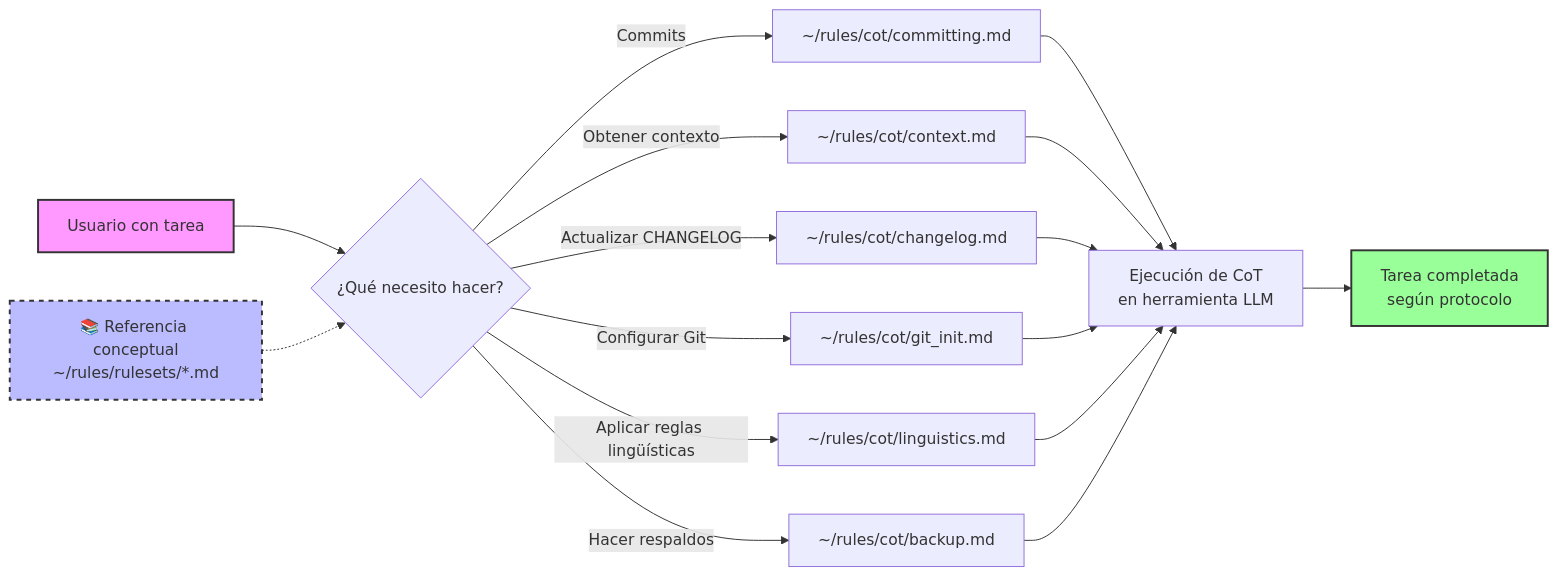
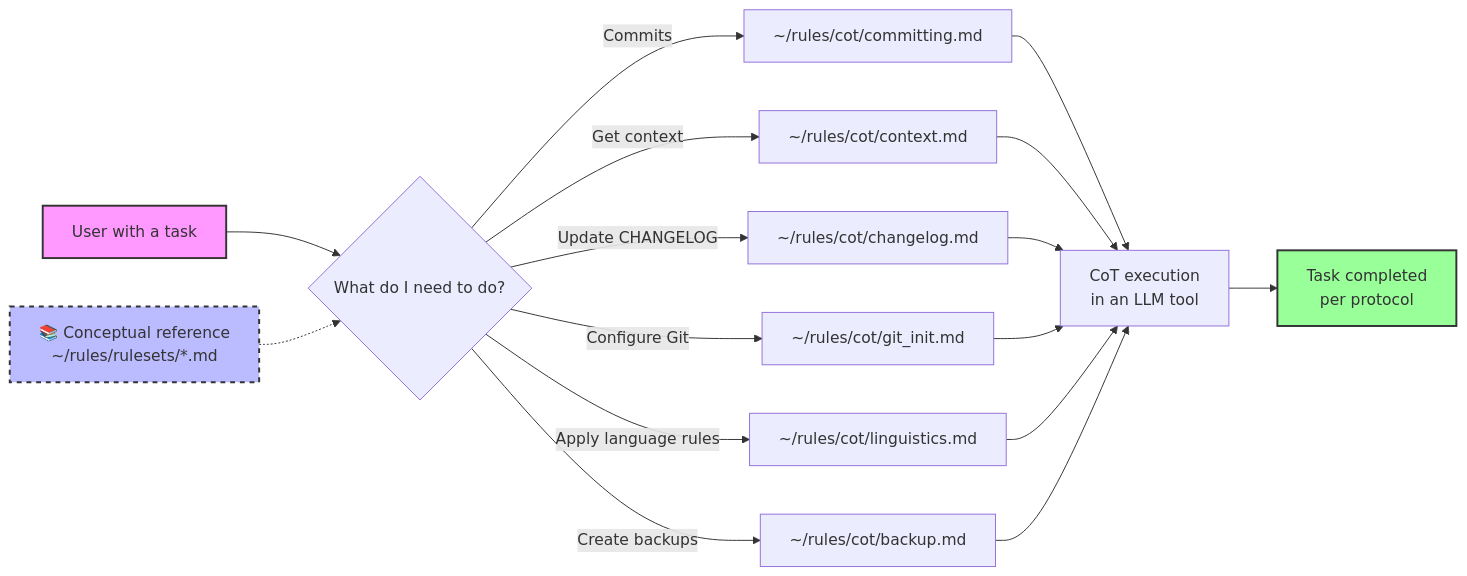
The first of 2 diagrams in README.md (incogniaops/rules), drawn with Mermaid before and after one commit. The commit also changed other lines of this file and 12 other files, not shown here.

First line of the commit message:
feat(linguistics): enforce bilingual policy by context and add linguistica aliases

````diff
--- a/README.md
+++ b/README.md
@@ -87,25 +87,25 @@
 ```mermaid
 flowchart LR
-    A["Usuario con tarea"] --> B{"¿Qué necesito hacer?"}
+    A["User with a task"] --> B{"What do I need to do?"}
     B -->|Commits| C["~/rules/cot/committing.md"]
-    B -->|Obtener contexto| D["~/rules/cot/context.md"]
-    B -->|Actualizar CHANGELOG| E["~/rules/cot/changelog.md"]
-    B -->|Configurar Git| F["~/rules/cot/git_init.md"]
-    B -->|Aplicar reglas lingüísticas| G["~/rules/cot/linguistics.md"]
-    B -->|Hacer respaldos| H["~/rules/cot/backup.md"]
+    B -->|Get context| D["~/rules/cot/context.md"]
+    B -->|Update CHANGELOG| E["~/rules/cot/changelog.md"]
+    B -->|Configure Git| F["~/rules/cot/git_init.md"]
+    B -->|Apply language rules| G["~/rules/cot/linguistics.md"]
+    B -->|Create backups| H["~/rules/cot/backup.md"]
     
-    C --> I["Ejecución de CoT<br/>en herramienta LLM"]
+    C --> I["CoT execution<br/>in an LLM tool"]
     D --> I
     E --> I
     F --> I
     G --> I
     H --> I
     
-    I --> J["Tarea completada<br/>según protocolo"]
+    I --> J["Task completed<br/>per protocol"]
     
-    K["📚 Referencia conceptual<br/>~/rules/rulesets/*.md"] -.-> B
+    K["📚 Conceptual reference<br/>~/rules/rulesets/*.md"] -.-> B
     
     style A fill:#f9f,stroke:#333,stroke-width:2px
     style J fill:#9f9,stroke:#333,stroke-width:2px
     style K fill:#bbf,stroke:#333,stroke-width:2px,stroke-dasharray: 5 5
 ```
````
